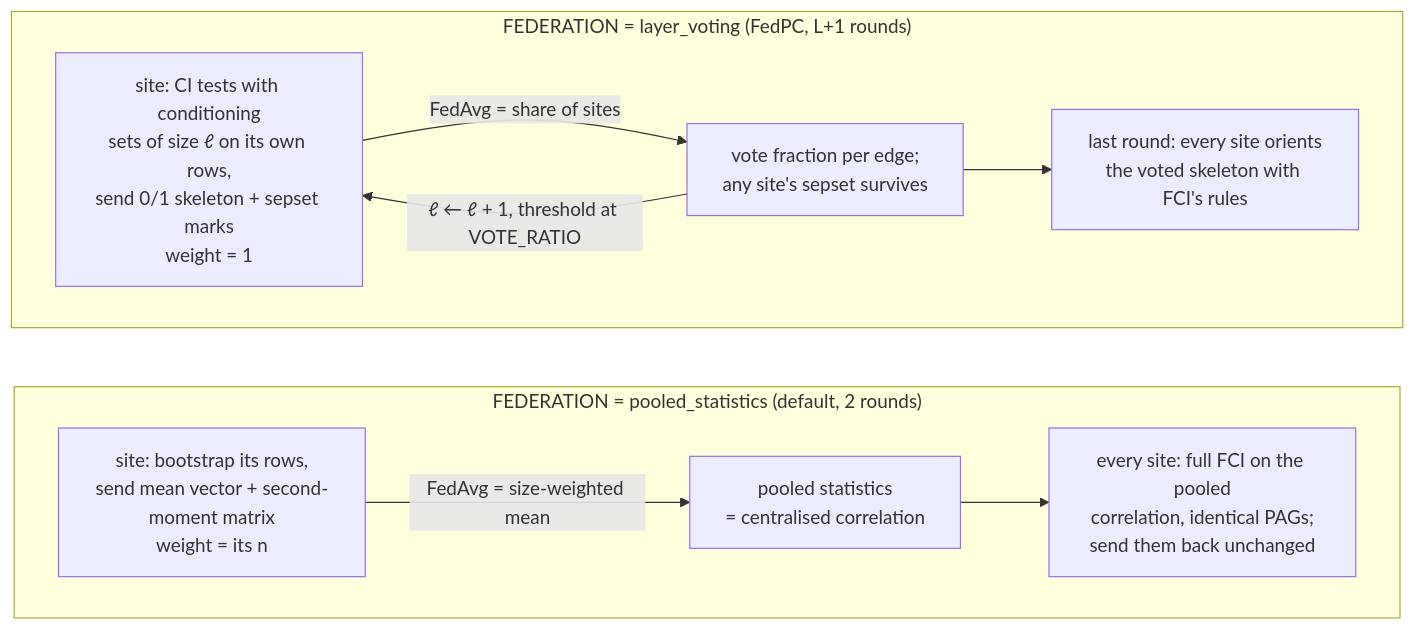
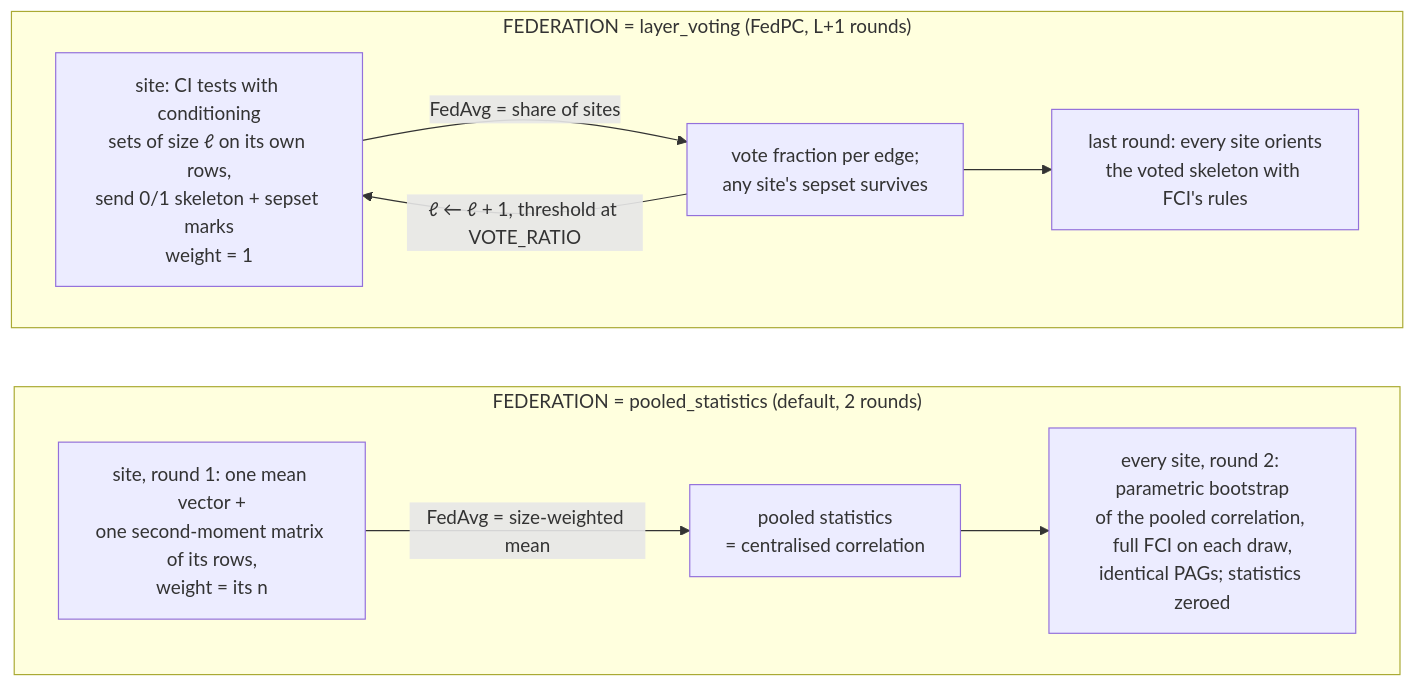
One commit to londonaicentre/FLIP changed the diagram in fl-tutorials/nvflare/tabular_causal_discovery/biomarker_causal_discovery/README.md. Above: the diagram before and after it, drawn with Mermaid. The commit also changed other lines of this file and 10 other files, not shown here.

````diff
--- a/fl-tutorials/nvflare/tabular_causal_discovery/biomarker_causal_discovery/README.md
+++ b/fl-tutorials/nvflare/tabular_causal_discovery/biomarker_causal_discovery/README.md
@@ -44,14 +45,14 @@
 ```mermaid
 flowchart LR
     subgraph pooled["FEDERATION = pooled_statistics (default, 2 rounds)"]
         direction LR
-        A1[site: bootstrap its rows,<br/>send mean vector + second-moment matrix<br/>weight = its n] -->|FedAvg = size-weighted mean| S1[pooled statistics<br/>= centralised correlation]
-        S1 --> B1[every site: full FCI on the pooled<br/>correlation, identical PAGs;<br/>send them back unchanged]
+        A1[site, round 1: one mean vector +<br/>one second-moment matrix of its rows,<br/>weight = its n] -->|FedAvg = size-weighted mean| S1[pooled statistics<br/>= centralised correlation]
+        S1 --> B1[every site, round 2: parametric bootstrap<br/>of the pooled correlation, full FCI on each draw,<br/>identical PAGs; statistics zeroed]
     end
     subgraph vote["FEDERATION = layer_voting (FedPC, L+1 rounds)"]
         direction LR
         A2[site: CI tests with conditioning<br/>sets of size ℓ on its own rows,<br/>send 0/1 skeleton + sepset marks<br/>weight = 1] -->|FedAvg = share of sites| S2[vote fraction per edge;<br/>any site's sepset survives]
         S2 -->|"ℓ ← ℓ + 1, threshold at VOTE_RATIO"| A2
         S2 --> B2[last round: every site orients<br/>the voted skeleton with FCI's rules]
     end
 ```
````
